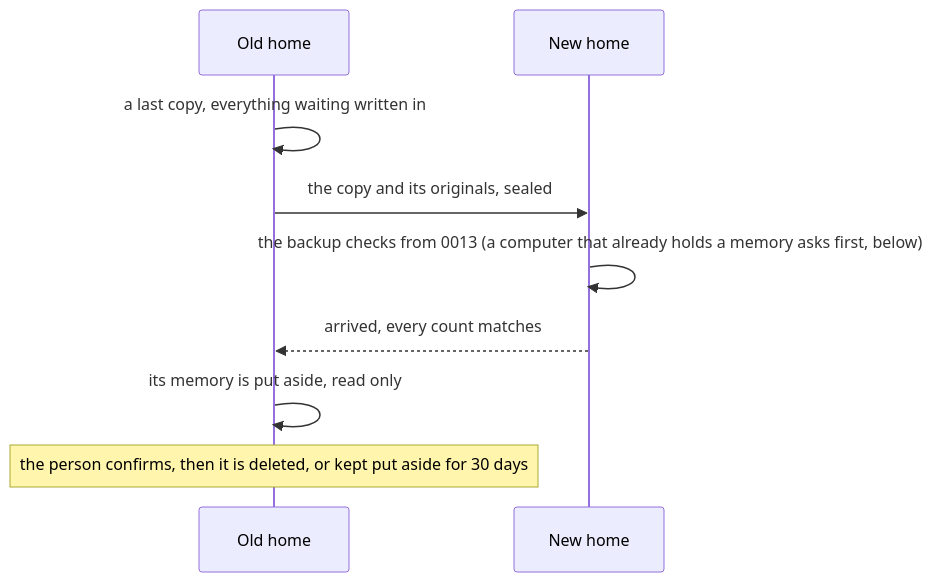
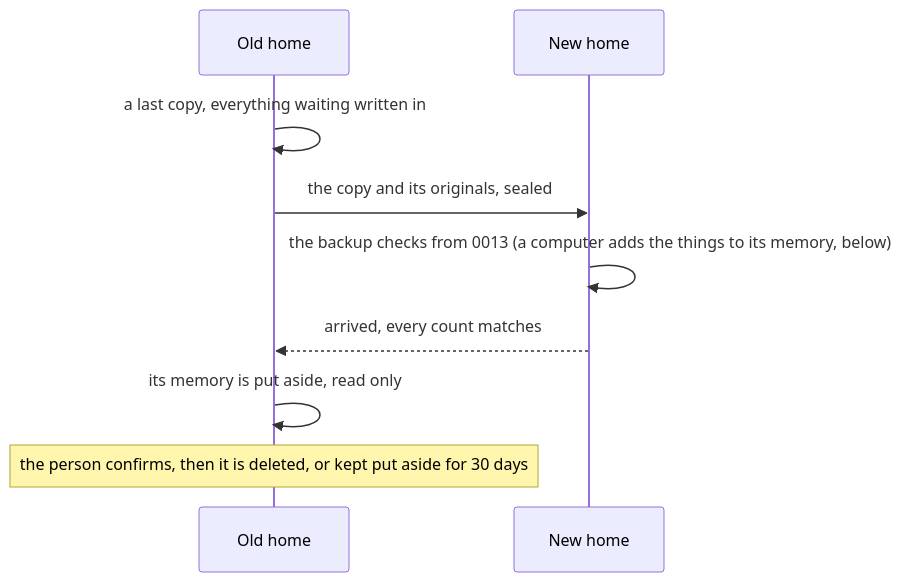
The first of 3 diagrams in docs/design/moving-memory.md (agync/nocturne), drawn with Mermaid before and after one commit. The commit also changed other lines of this file and 3 other files, not shown here.

````diff
--- a/docs/design/moving-memory.md
+++ b/docs/design/moving-memory.md
@@ -35,11 +35,11 @@
 ```mermaid
 sequenceDiagram
     participant O as Old home
     participant N as New home
     O->>O: a last copy, everything waiting written in
     O->>N: the copy and its originals, sealed
-    N->>N: the backup checks from 0013 (a computer that already holds a memory asks first, below)
+    N->>N: the backup checks from 0013 (a computer adds the things to its memory, below)
     N-->>O: arrived, every count matches
     O->>O: its memory is put aside, read only
     Note over O: the person confirms, then it is deleted, or kept put aside for 30 days
 ```
````
